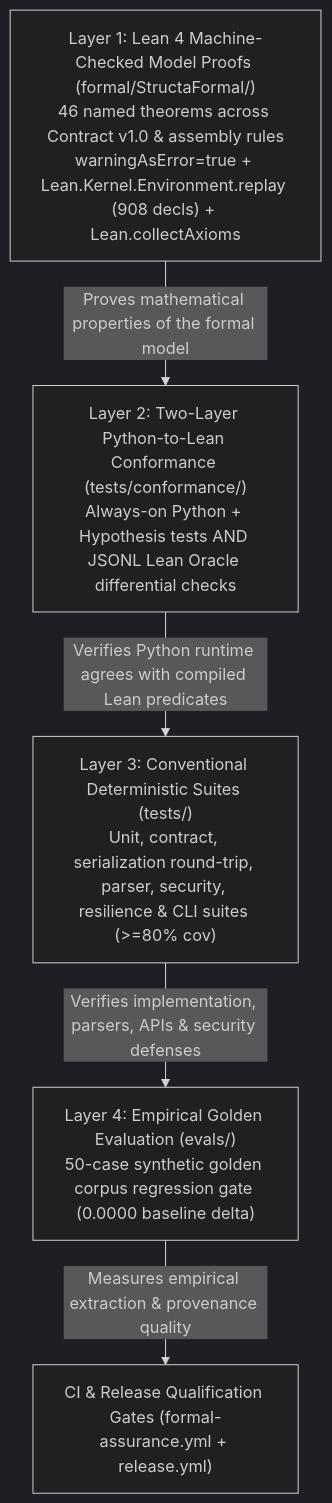
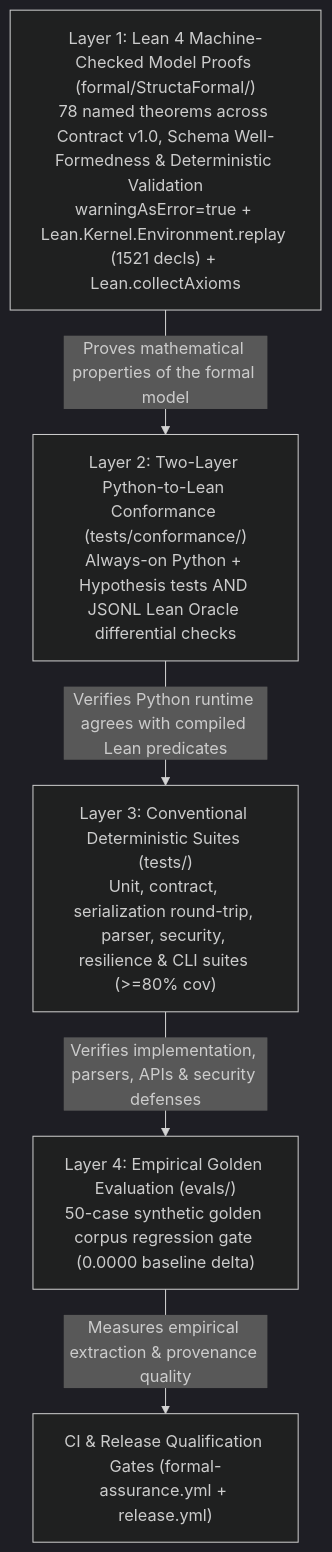
The diagram in docs/formal-assurance.md (ivnmoreno/structa-maestro), drawn with Mermaid (dark theme) before and after one commit. The commit also changed other lines of this file and 14 other files, not shown here.

````diff
--- a/docs/formal-assurance.md
+++ b/docs/formal-assurance.md
@@ -12,12 +12,12 @@
 ```mermaid
 flowchart TD
-    L1["Layer 1: Lean 4 Machine-Checked Model Proofs (formal/StructaFormal/)\n46 named theorems across Contract v1.0 & assembly rules\nwarningAsError=true + Lean.Kernel.Environment.replay (908 decls) + Lean.collectAxioms"]
+    L1["Layer 1: Lean 4 Machine-Checked Model Proofs (formal/StructaFormal/)\n78 named theorems across Contract v1.0, Schema Well-Formedness & Deterministic Validation\nwarningAsError=true + Lean.Kernel.Environment.replay (1521 decls) + Lean.collectAxioms"]
     L2["Layer 2: Two-Layer Python-to-Lean Conformance (tests/conformance/)\nAlways-on Python + Hypothesis tests AND JSONL Lean Oracle differential checks"]
     L3["Layer 3: Conventional Deterministic Suites (tests/)\nUnit, contract, serialization round-trip, parser, security, resilience & CLI suites (>=80% cov)"]
     L4["Layer 4: Empirical Golden Evaluation (evals/)\n50-case synthetic golden corpus regression gate (0.0000 baseline delta)"]
 
     L1 -->|"Proves mathematical properties of the formal model"| L2
     L2 -->|"Verifies Python runtime agrees with compiled Lean predicates"| L3
     L3 -->|"Verifies implementation, parsers, APIs & security defenses"| L4
     L4 -->|"Measures empirical extraction & provenance quality"| Release["CI & Release Qualification Gates (formal-assurance.yml + release.yml)"]
 ```
````
